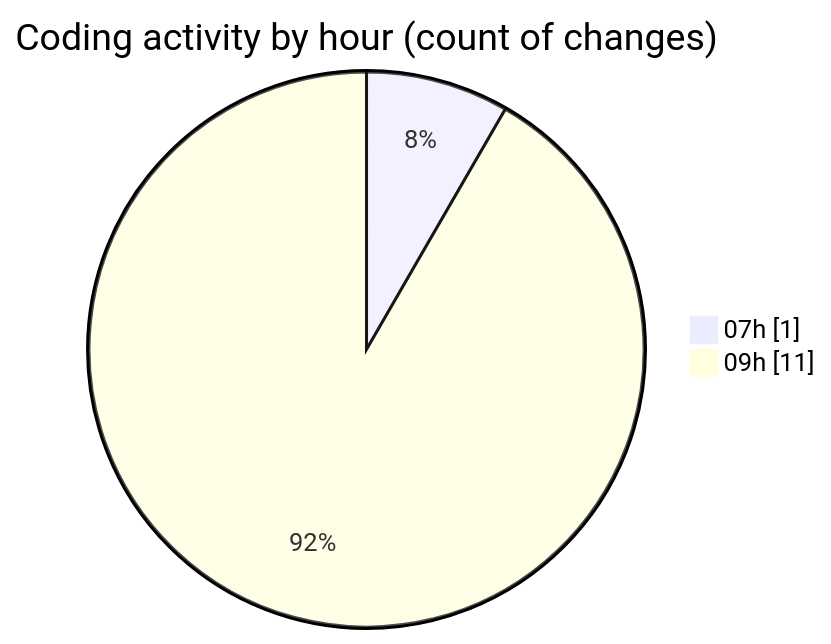
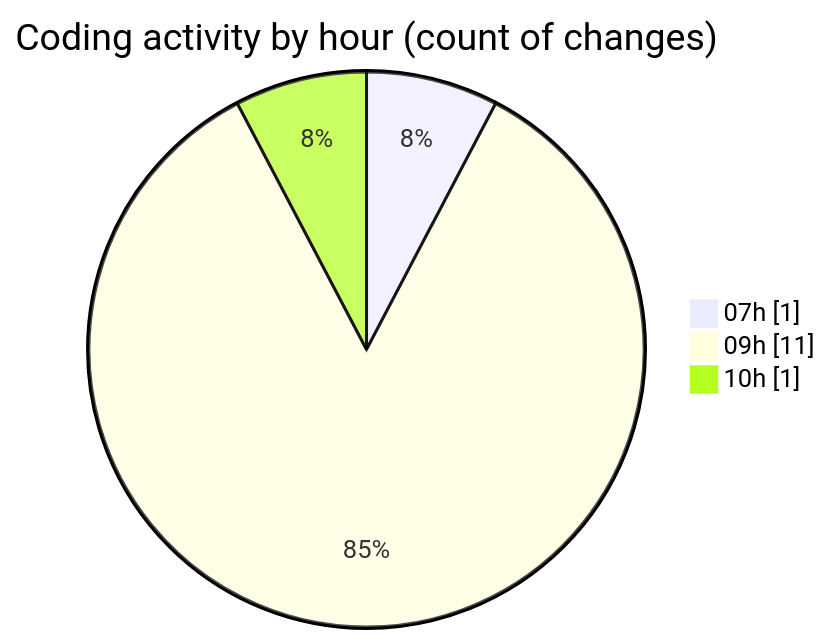
Before and after one commit to becaeroporto-bot/code-tracking: the second of 2 diagrams in 2026-02-17/id_ia/README.md, drawn with Mermaid. The commit also changed other lines of this file and 1 other file, not shown here.

````diff
--- a/2026-02-17/id_ia/README.md
+++ b/2026-02-17/id_ia/README.md
@@ -33,6 +34,7 @@
 ```mermaid
 pie showData
 title Coding activity by hour (count of changes)
 "07h" : 1
 "09h" : 11
+"10h" : 1
 ```
````
